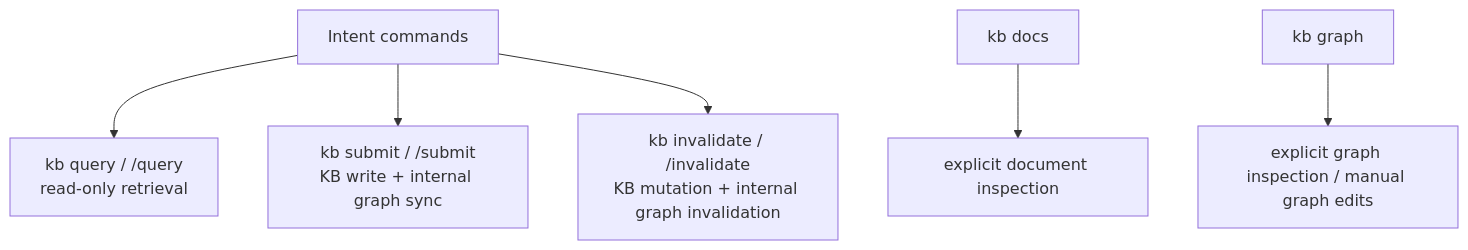
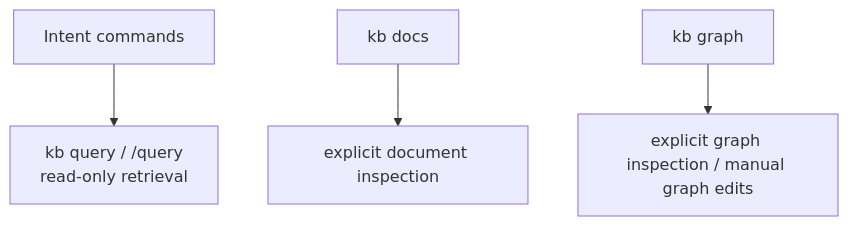
Before and after one commit to rosenjcb/kb: the second of 2 diagrams in src/tools/GRAPH.md, drawn with Mermaid. The commit also changed other lines of this file and 44 other files, not shown here.

Commit message:
Removed submit and invalidate

````diff
--- a/src/tools/GRAPH.md
+++ b/src/tools/GRAPH.md
@@ -89,8 +84,6 @@
 ```mermaid
 flowchart TB
   Intent["Intent commands"] --> Query["kb query / /query\nread-only retrieval"]
-  Intent --> Submit["kb submit / /submit\nKB write + internal graph sync"]
-  Intent --> Invalidate["kb invalidate / /invalidate\nKB mutation + internal graph invalidation"]
   Docs["kb docs"] --> DocsView["explicit document inspection"]
   Graph["kb graph"] --> GraphView["explicit graph inspection / manual graph edits"]
 ```
````
